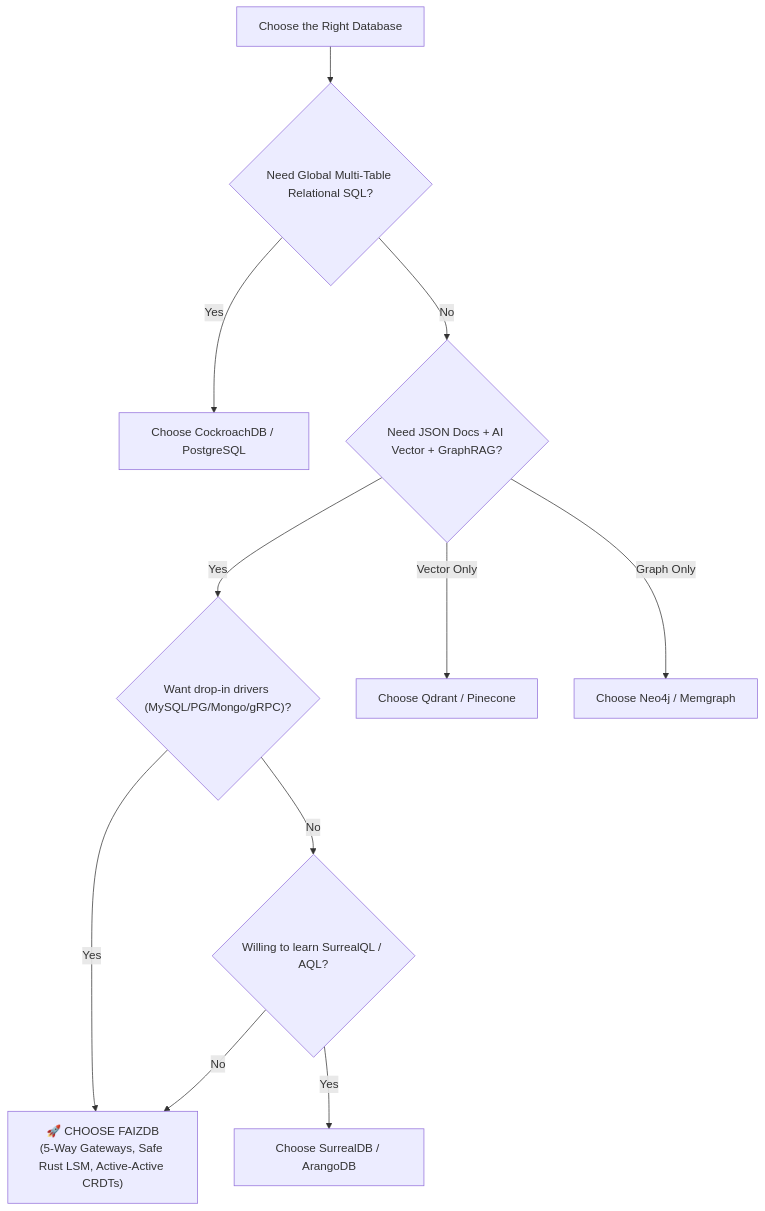
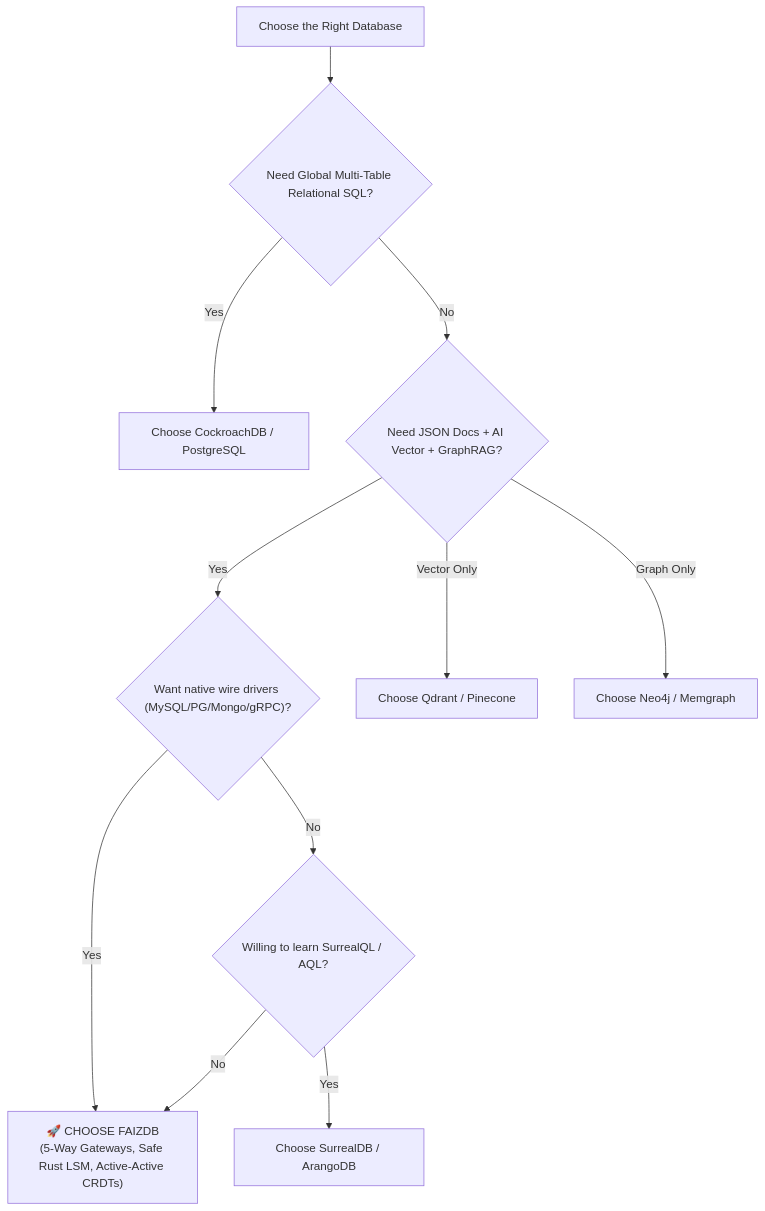
One commit to ictdothouse/faizdb changed the diagram in docs/COMPETITIVE_ANALYSIS.md. Above: the diagram before and after it, drawn with Mermaid. The commit also changed other lines of this file and 7 other files, not shown here.

````diff
--- a/docs/COMPETITIVE_ANALYSIS.md
+++ b/docs/COMPETITIVE_ANALYSIS.md
@@ -136,15 +136,15 @@
 ```mermaid
 graph TD
     Start["Choose the Right Database"] --> Q1{"Need Global Multi-Table Relational SQL?"}
     Q1 -- "Yes" --> Cockroach["Choose CockroachDB / PostgreSQL"]
     Q1 -- "No" --> Q2{"Need JSON Docs + AI Vector + GraphRAG?"}
     
-    Q2 -- "Yes" --> Q3{"Want drop-in drivers (MySQL/PG/Mongo/gRPC)?"}
+    Q2 -- "Yes" --> Q3{"Want native wire drivers (MySQL/PG/Mongo/gRPC)?"}
     Q3 -- "Yes" --> FaizDBChoice["🚀 CHOOSE FAIZDB<br/>(5-Way Gateways, Safe Rust LSM, Active-Active CRDTs)"]
     Q3 -- "No" --> Q4{"Willing to learn SurrealQL / AQL?"}
     Q4 -- "Yes" --> Surreal["Choose SurrealDB / ArangoDB"]
     Q4 -- "No" --> FaizDBChoice
     
     Q2 -- "Vector Only" --> QdrantChoice["Choose Qdrant / Pinecone"]
     Q2 -- "Graph Only" --> Neo4jChoice["Choose Neo4j / Memgraph"]
 ```
````
